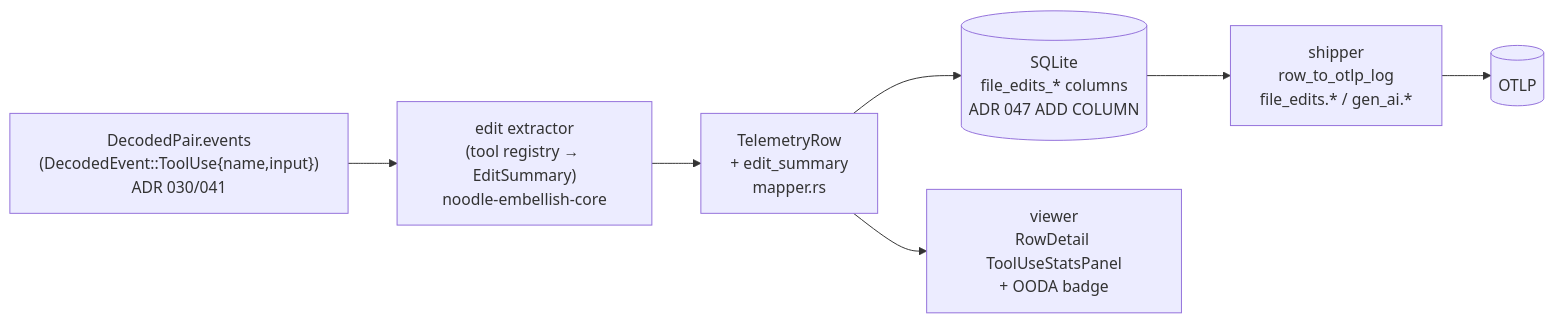
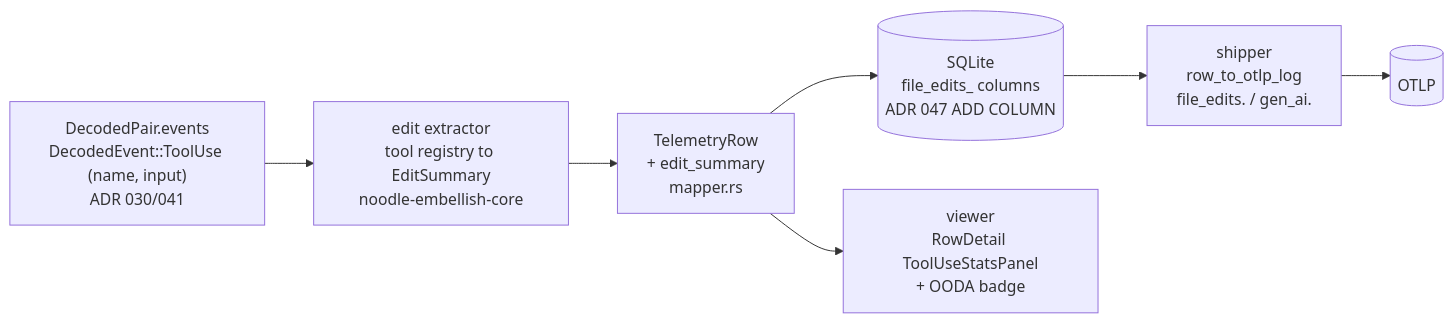
Before and after one commit to josephbarnett/noodle: the first of 2 diagrams in docs/adrs/055-file-edit-tracking.md, drawn with Mermaid. The commit also changed other lines of this file and 1 other file, not shown here.

Commit message:
docs: add ADR 056 (context weight + carry-cost model); finalize ADR 055 cost design + mermaid fixes

````diff
--- a/docs/adrs/055-file-edit-tracking.md
+++ b/docs/adrs/055-file-edit-tracking.md
@@ -92,13 +102,13 @@
 ```mermaid
 flowchart LR
-    DEC["DecodedPair.events\n(DecodedEvent::ToolUse{name,input})\nADR 030/041"]
-    EXT["edit extractor\n(tool registry → EditSummary)\nnoodle-embellish-core"]
-    ROW["TelemetryRow\n+ edit_summary\nmapper.rs"]
-    DB[("SQLite\nfile_edits_* columns\nADR 047 ADD COLUMN")]
-    SHIP["shipper\nrow_to_otlp_log\nfile_edits.* / gen_ai.*"]
-    VIEW["viewer\nRowDetail ToolUseStatsPanel\n+ OODA badge"]
+    DEC["DecodedPair.events<br/>DecodedEvent::ToolUse (name, input)<br/>ADR 030/041"]
+    EXT["edit extractor<br/>tool registry to EditSummary<br/>noodle-embellish-core"]
+    ROW["TelemetryRow<br/>+ edit_summary<br/>mapper.rs"]
+    DB[("SQLite<br/>file_edits_ columns<br/>ADR 047 ADD COLUMN")]
+    SHIP["shipper<br/>row_to_otlp_log<br/>file_edits. / gen_ai."]
+    VIEW["viewer<br/>RowDetail ToolUseStatsPanel<br/>+ OODA badge"]
 
     DEC --> EXT --> ROW --> DB
     DB --> SHIP --> OTLP[("OTLP")]
     ROW --> VIEW
 ```
````
